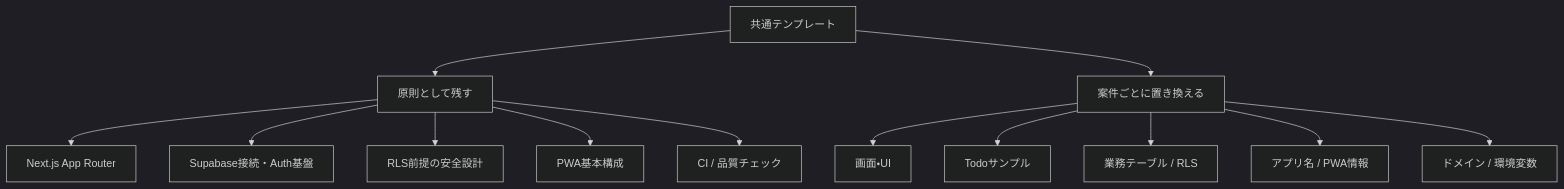
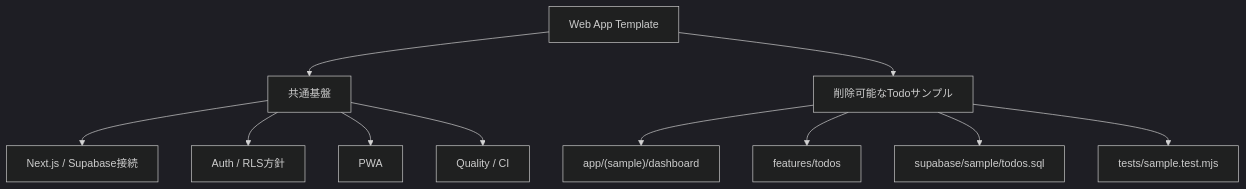
The second of 4 diagrams in README.md (k-systems202208/nextjs-supabase-vercel-webapp-template), drawn with Mermaid (dark theme) before and after one commit. The commit also changed other lines of this file and 15 other files, not shown here.

````diff
--- a/README.md
+++ b/README.md
@@ -48,17 +52,15 @@
 ```mermaid
 flowchart TD
-    T["共通テンプレート"] --> K["原則として残す"]
-    T --> R["案件ごとに置き換える"]
+    T["Web App Template"] --> K["共通基盤"]
+    T --> S["削除可能なTodoサンプル"]
 
-    K --> K1["Next.js App Router"]
-    K --> K2["Supabase接続・Auth基盤"]
-    K --> K3["RLS前提の安全設計"]
-    K --> K4["PWA基本構成"]
-    K --> K5["CI / 品質チェック"]
+    K --> K1["Next.js / Supabase接続"]
+    K --> K2["Auth / RLS方針"]
+    K --> K3["PWA"]
+    K --> K4["Quality / CI"]
 
-    R --> R1["画面・UI"]
-    R --> R2["Todoサンプル"]
-    R --> R3["業務テーブル / RLS"]
-    R --> R4["アプリ名 / PWA情報"]
-    R --> R5["ドメイン / 環境変数"]
+    S --> S1["app/(sample)/dashboard"]
+    S --> S2["features/todos"]
+    S --> S3["supabase/sample/todos.sql"]
+    S --> S4["tests/sample.test.mjs"]
 ```
````
